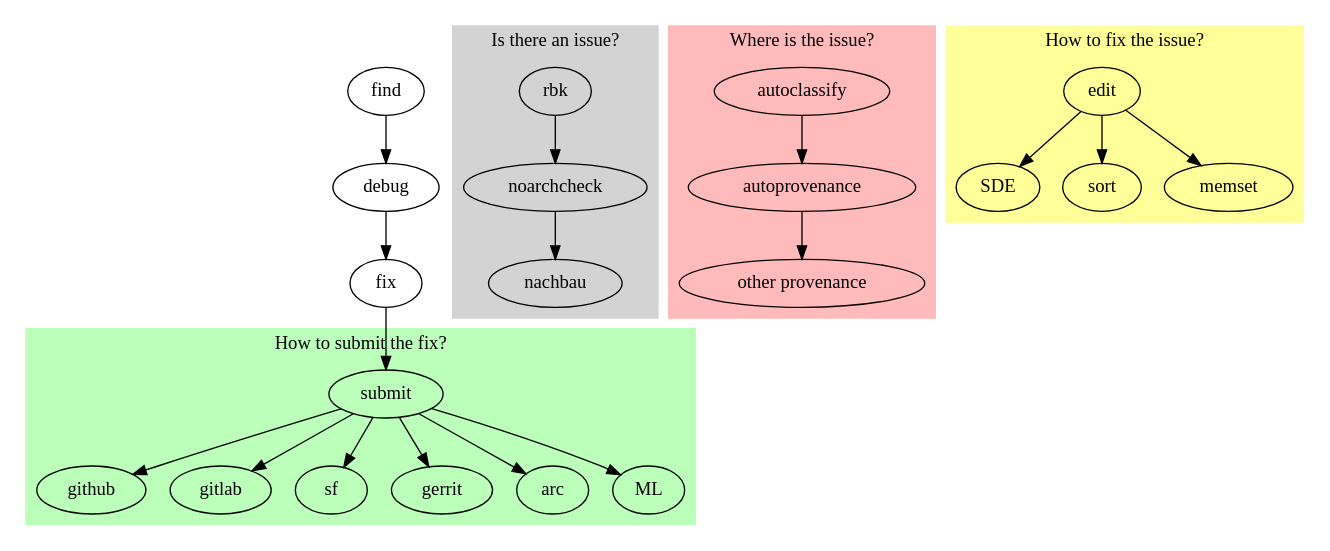
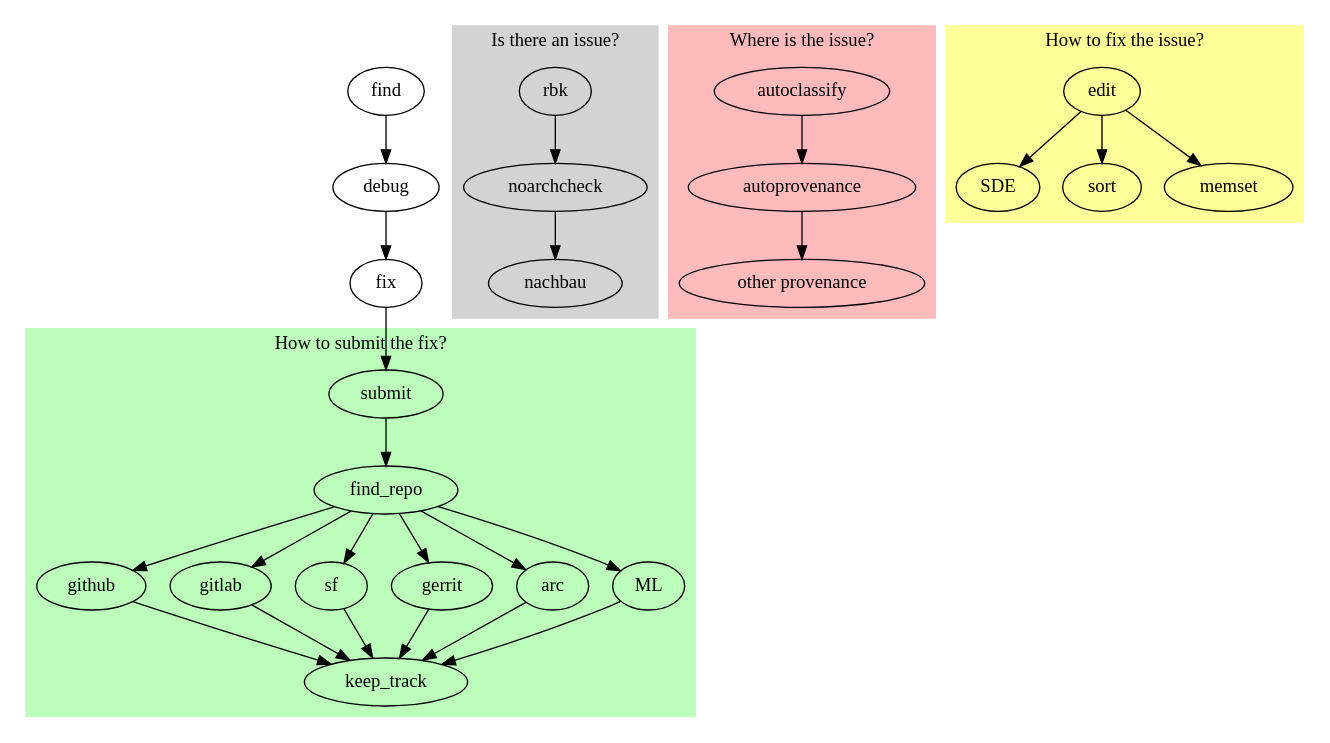
One commit to bmwiedemann/reproducibleopensuse changed the diagram in howtodebug.dot. Above: the diagram before and after it, drawn with Graphviz. The commit also changed 1 other file, not shown here.

```diff
--- a/howtodebug.dot
+++ b/howtodebug.dot
@@ -1,28 +1,28 @@
 digraph G {
   find -> debug -> fix -> submit
 
   subgraph cluster_0 {
     color=lightgray;
     style=filled;
     rbk -> noarchcheck -> nachbau;
     label = "Is there an issue?";
   }
   subgraph cluster_1 {
     color="#ffbbbb";
     style=filled;
     autoclassify -> autoprovenance -> "other provenance";
     label = "Where is the issue?";
   }
   subgraph cluster_2 {
     color="#ffff99";
     style=filled;
     edit -> {SDE,sort,memset};
     label = "How to fix the issue?";
   }
   subgraph cluster_3 {
     color="#bbffbb";
     style=filled;
-    submit -> {github,gitlab,sf,gerrit,arc,ML};
+    submit -> find_repo -> {github,gitlab,sf,gerrit,arc,ML} -> keep_track;
     label = "How to submit the fix?";
   }
 }
```
